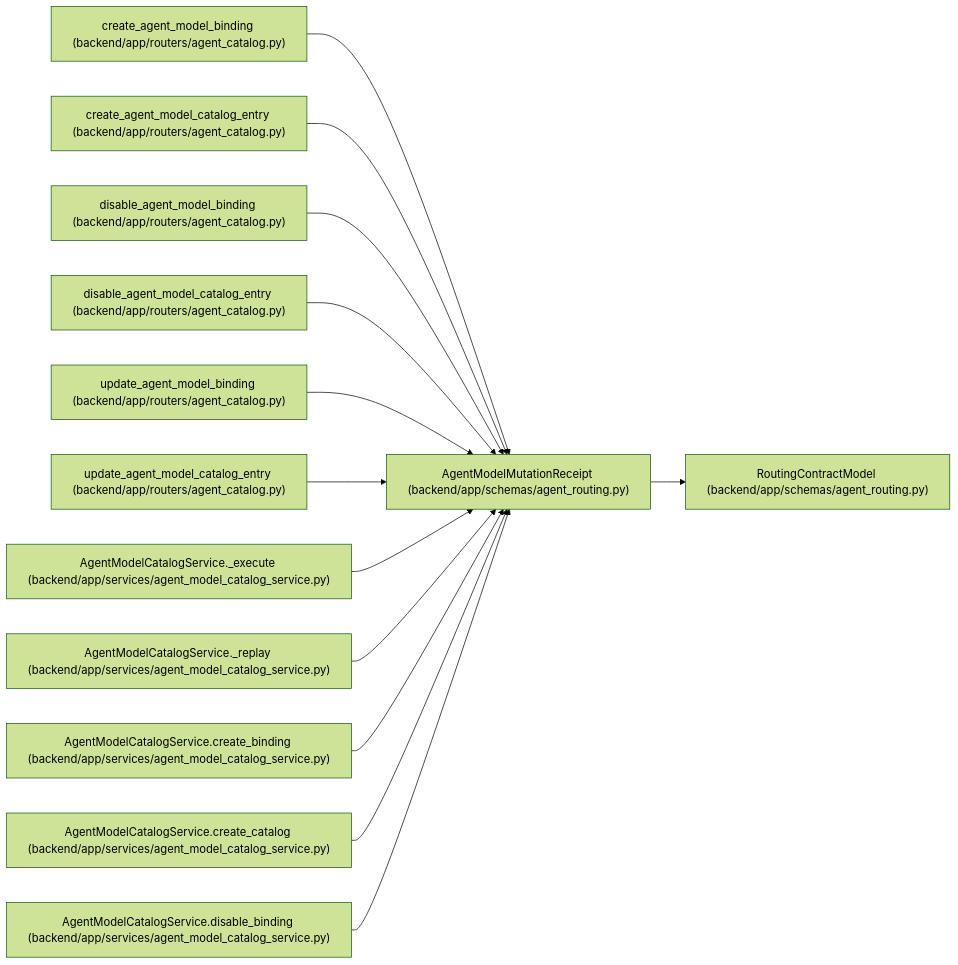
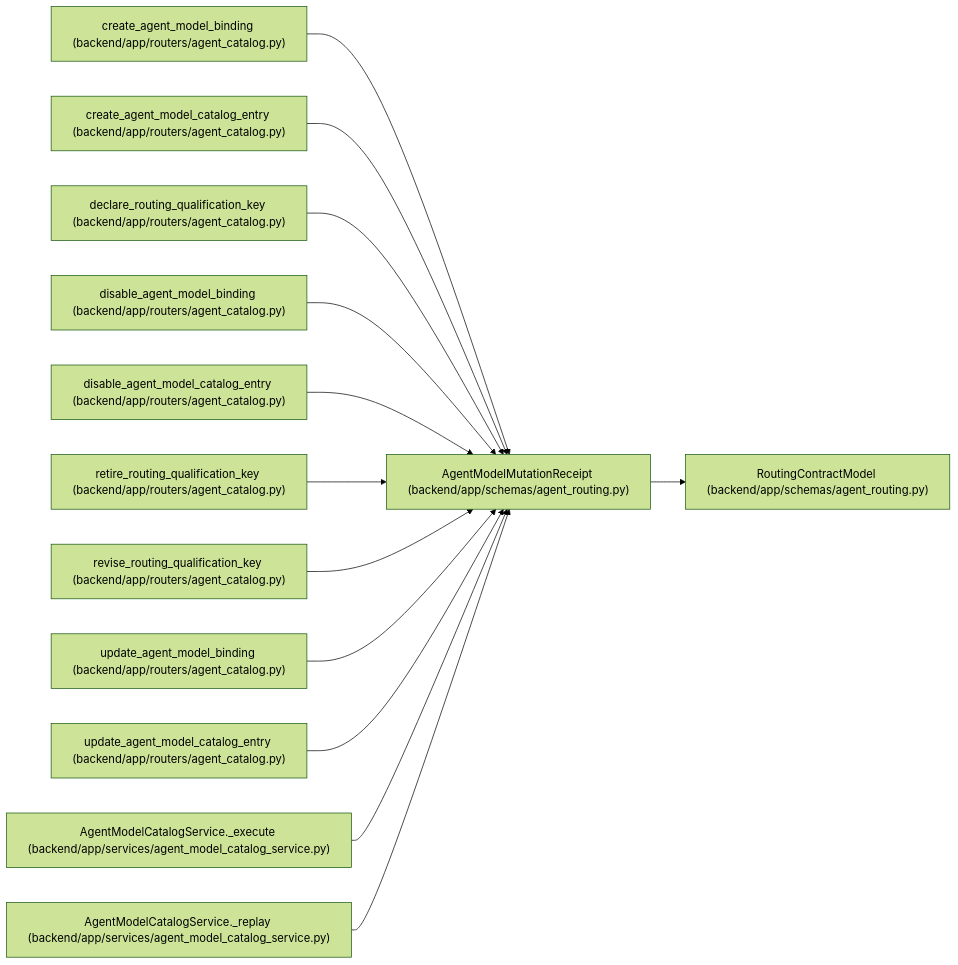
The diagram in docs/llm_wiki/entities/agent_routing_AgentModelMutationReceipt.md (Denissvgn/WorkChord), drawn with Mermaid (forest theme) before and after one commit. The commit also changed other lines of this file and 911 other files, not shown here.

Commit message:
Sync the architectural wiki for deployment qualification keys

````diff
--- a/docs/llm_wiki/entities/agent_routing_AgentModelMutationReceipt.md
+++ b/docs/llm_wiki/entities/agent_routing_AgentModelMutationReceipt.md
@@ -38,41 +38,41 @@
 ```mermaid
 flowchart LR
     n0["AgentModelMutationReceipt (backend/app/schemas/agent_routing.py)"]
     n1["RoutingContractModel (backend/app/schemas/agent_routing.py)"]
     n2["create_agent_model_binding (backend/app/routers/agent_catalog.py)"]
     n3["create_agent_model_catalog_entry (backend/app/routers/agent_catalog.py)"]
-    n4["disable_agent_model_binding (backend/app/routers/agent_catalog.py)"]
-    n5["disable_agent_model_catalog_entry (backend/app/routers/agent_catalog.py)"]
-    n6["update_agent_model_binding (backend/app/routers/agent_catalog.py)"]
-    n7["update_agent_model_catalog_entry (backend/app/routers/agent_catalog.py)"]
-    n8["AgentModelCatalogService._execute (backend/app/services/agent_model_catalog_service.py)"]
-    n9["AgentModelCatalogService._replay (backend/app/services/agent_model_catalog_service.py)"]
-    n10["AgentModelCatalogService.create_binding (backend/app/services/agent_model_catalog_service.py)"]
-    n11["AgentModelCatalogService.create_catalog (backend/app/services/agent_model_catalog_service.py)"]
-    n12["AgentModelCatalogService.disable_binding (backend/app/services/agent_model_catalog_service.py)"]
+    n4["declare_routing_qualification_key (backend/app/routers/agent_catalog.py)"]
+    n5["disable_agent_model_binding (backend/app/routers/agent_catalog.py)"]
+    n6["disable_agent_model_catalog_entry (backend/app/routers/agent_catalog.py)"]
+    n7["retire_routing_qualification_key (backend/app/routers/agent_catalog.py)"]
+    n8["revise_routing_qualification_key (backend/app/routers/agent_catalog.py)"]
+    n9["update_agent_model_binding (backend/app/routers/agent_catalog.py)"]
+    n10["update_agent_model_catalog_entry (backend/app/routers/agent_catalog.py)"]
+    n11["AgentModelCatalogService._execute (backend/app/services/agent_model_catalog_service.py)"]
+    n12["AgentModelCatalogService._replay (backend/app/services/agent_model_catalog_service.py)"]
     n0 --> n1
     n2 --> n0
     n3 --> n0
     n4 --> n0
     n5 --> n0
     n6 --> n0
     n7 --> n0
     n8 --> n0
     n9 --> n0
     n10 --> n0
     n11 --> n0
     n12 --> n0
     click n0 "../modules/agent_routing.md"
     click n1 "../modules/agent_routing.md"
     click n2 "../modules/agent_catalog.md"
     click n3 "../modules/agent_catalog.md"
     click n4 "../modules/agent_catalog.md"
     click n5 "../modules/agent_catalog.md"
     click n6 "../modules/agent_catalog.md"
     click n7 "../modules/agent_catalog.md"
-    click n8 "../modules/agent_model_catalog_service.md"
-    click n9 "../modules/agent_model_catalog_service.md"
-    click n10 "../modules/agent_model_catalog_service.md"
+    click n8 "../modules/agent_catalog.md"
+    click n9 "../modules/agent_catalog.md"
+    click n10 "../modules/agent_catalog.md"
     click n11 "../modules/agent_model_catalog_service.md"
     click n12 "../modules/agent_model_catalog_service.md"
 ```
````
